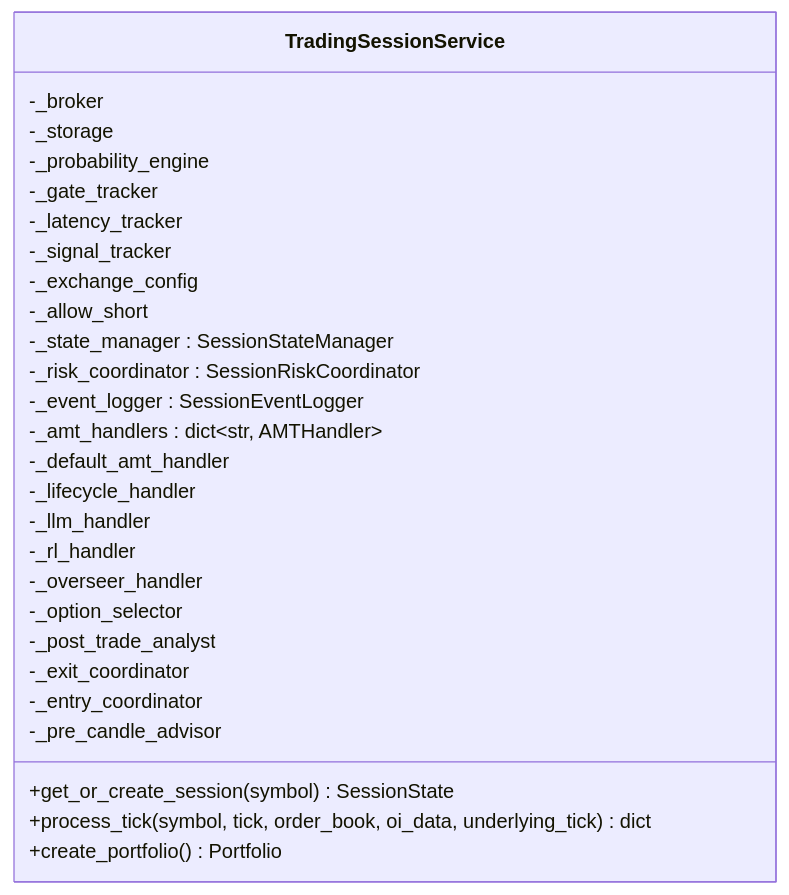
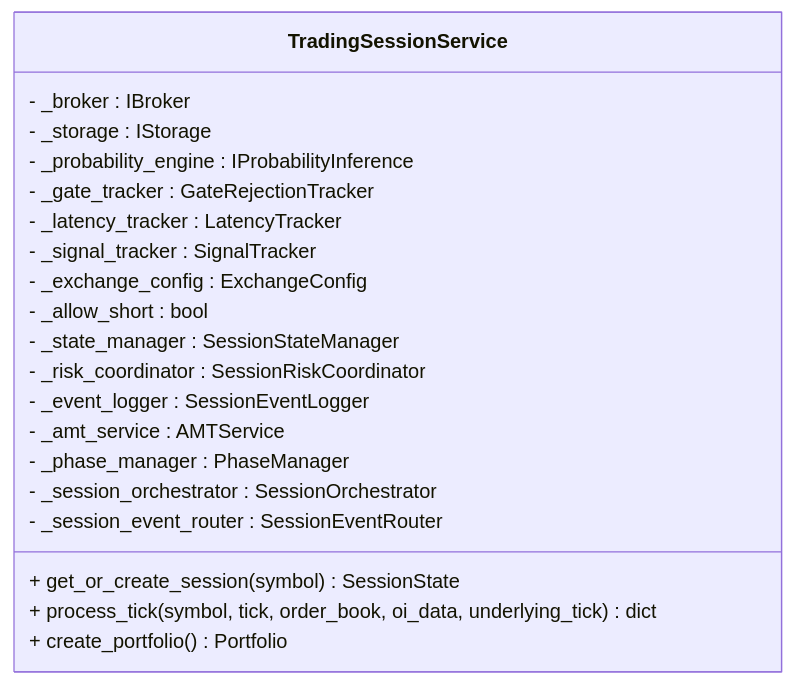
One commit to gemrajkhatry-maker/v5-of-glassytrade-ai changed the third of 14 diagrams in .qoder/repowiki/en/content/Backend Application/Core Services/Trading Session Service.md. Above: the diagram before and after it, drawn with Mermaid. The commit also changed other lines of this file and 219 other files, not shown here.

First line of the commit message:
refactor: major architecture improvements across backend, backendv2, brokers, and frontend

````diff
--- a/.qoder/repowiki/en/content/Backend Application/Core Services/Trading Session Service.md
+++ b/.qoder/repowiki/en/content/Backend Application/Core Services/Trading Session Service.md
@@ -151,30 +189,23 @@
 ```mermaid
 classDiagram
 class TradingSessionService {
--_broker
--_storage
--_probability_engine
--_gate_tracker
--_latency_tracker
--_signal_tracker
--_exchange_config
--_allow_short
--_state_manager : SessionStateManager
--_risk_coordinator : SessionRiskCoordinator
--_event_logger : SessionEventLogger
--_amt_handlers : dict~str, AMTHandler~
--_default_amt_handler
--_lifecycle_handler
--_llm_handler
--_rl_handler
--_overseer_handler
--_option_selector
--_post_trade_analyst
--_exit_coordinator
--_entry_coordinator
--_pre_candle_advisor
-+get_or_create_session(symbol) SessionState
-+process_tick(symbol, tick, order_book, oi_data, underlying_tick) dict
-+create_portfolio() Portfolio
+- _broker : IBroker
+- _storage : IStorage
+- _probability_engine : IProbabilityInference
+- _gate_tracker : GateRejectionTracker
+- _latency_tracker : LatencyTracker
+- _signal_tracker : SignalTracker
+- _exchange_config : ExchangeConfig
+- _allow_short : bool
+- _state_manager : SessionStateManager
+- _risk_coordinator : SessionRiskCoordinator
+- _event_logger : SessionEventLogger
+- _amt_service : AMTService
+- _phase_manager : PhaseManager
+- _session_orchestrator : SessionOrchestrator
+- _session_event_router : SessionEventRouter
++ get_or_create_session(symbol) SessionState
++ process_tick(symbol, tick, order_book, oi_data, underlying_tick) dict
++ create_portfolio() Portfolio
 }
 ```
````
